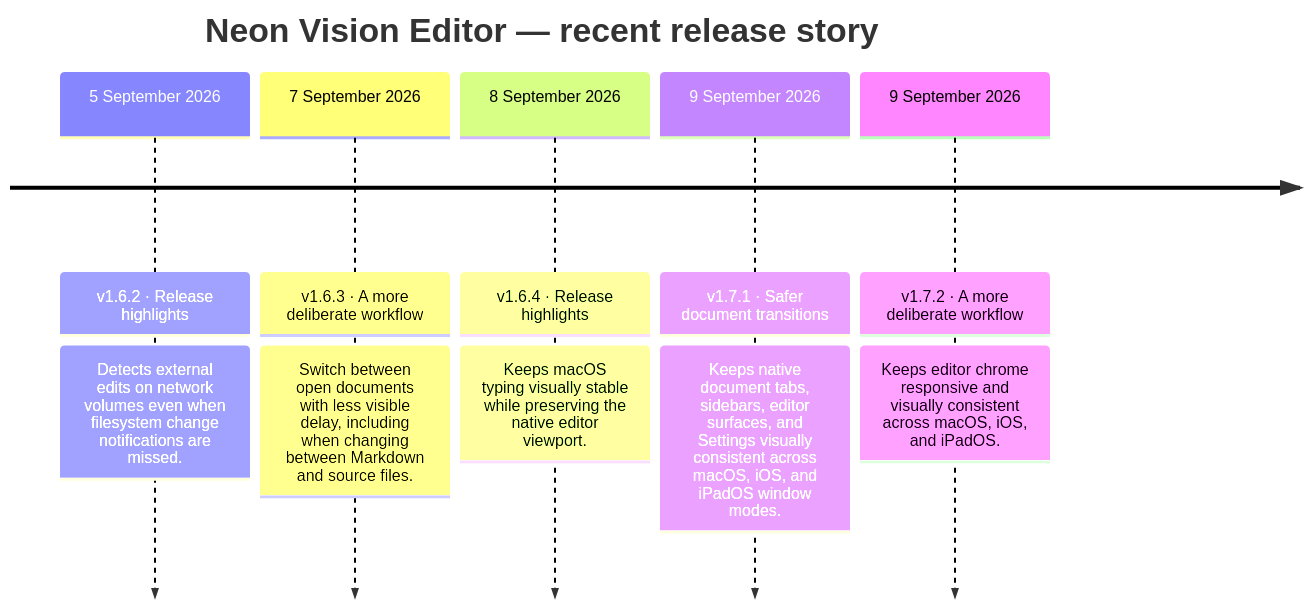
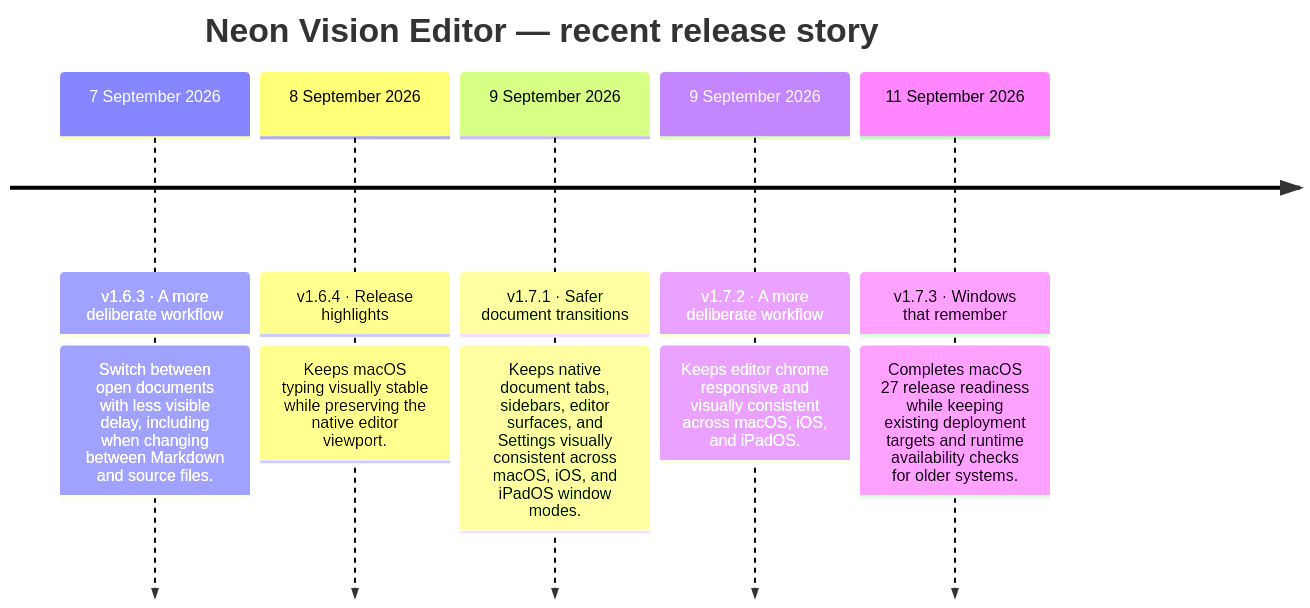
One commit to h3pdesign/Neon-Vision-Editor changed the diagram in README.md. Above: the diagram before and after it, drawn with Mermaid. The commit also changed other lines of this file and 9 other files, not shown here.

````diff
--- a/README.md
+++ b/README.md
@@ -750,14 +748,14 @@
 ```mermaid
 timeline
     title Neon Vision Editor — recent release story
-    5 September 2026 : v1.6.2 · Release highlights
-                : Detects external edits on network volumes even when filesystem change notifications are missed.
     7 September 2026 : v1.6.3 · A more deliberate workflow
                 : Switch between open documents with less visible delay, including when changing between Markdown and source files.
     8 September 2026 : v1.6.4 · Release highlights
                 : Keeps macOS typing visually stable while preserving the native editor viewport.
     9 September 2026 : v1.7.1 · Safer document transitions
                 : Keeps native document tabs, sidebars, editor surfaces, and Settings visually consistent across macOS, iOS, and iPadOS window modes.
     9 September 2026 : v1.7.2 · A more deliberate workflow
                 : Keeps editor chrome responsive and visually consistent across macOS, iOS, and iPadOS.
+    11 September 2026 : v1.7.3 · Windows that remember
+                : Completes macOS 27 release readiness while keeping existing deployment targets and runtime availability checks for older systems.
 ```
````
